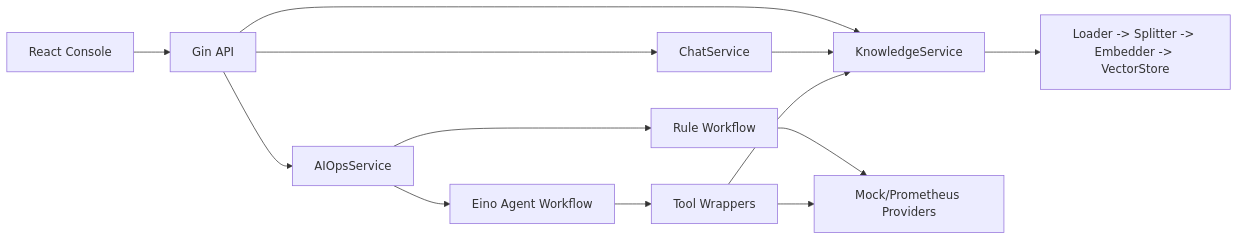
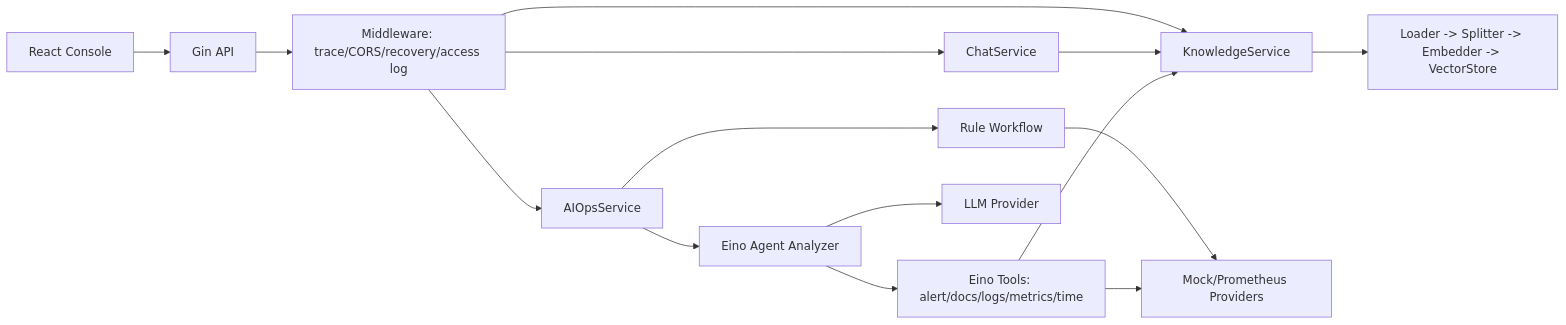
Before and after one commit to wanwanzi6/OnCall-Agent: the diagram in README.md, drawn with Mermaid. The commit also changed other lines of this file and 9 other files, not shown here.

````diff
--- a/README.md
+++ b/README.md
@@ -24,15 +25,17 @@
 ```mermaid
 flowchart LR
   FE["React Console"] --> API["Gin API"]
-  API --> Chat["ChatService"]
-  API --> KS["KnowledgeService"]
-  API --> AO["AIOpsService"]
+  API --> MW["Middleware: trace/CORS/recovery/access log"]
+  MW --> Chat["ChatService"]
+  MW --> KS["KnowledgeService"]
+  MW --> AO["AIOpsService"]
   KS --> RAG["Loader -> Splitter -> Embedder -> VectorStore"]
   Chat --> KS
   AO --> Rule["Rule Workflow"]
-  AO --> Agent["Eino Agent Workflow"]
+  AO --> Agent["Eino Agent Analyzer"]
   Rule --> P["Mock/Prometheus Providers"]
-  Agent --> T["Tool Wrappers"]
+  Agent --> T["Eino Tools: alert/docs/logs/metrics/time"]
+  Agent --> LLM["LLM Provider"]
   T --> P
   T --> KS
 ```
````
